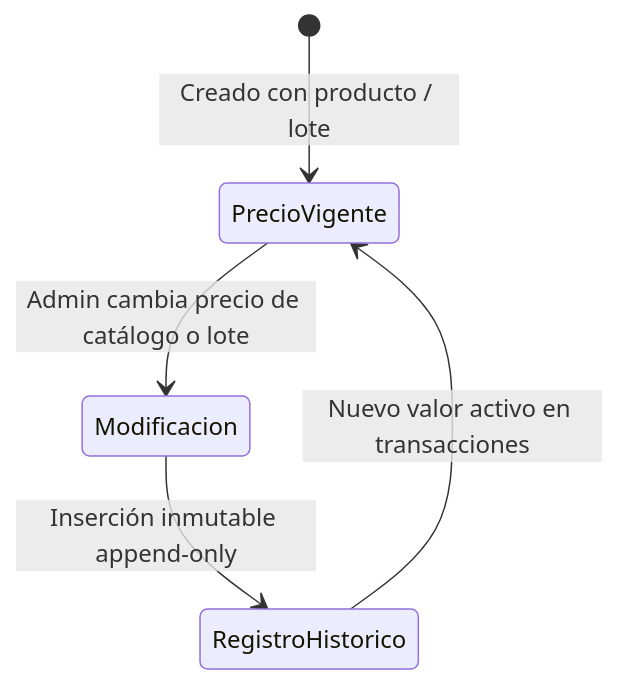
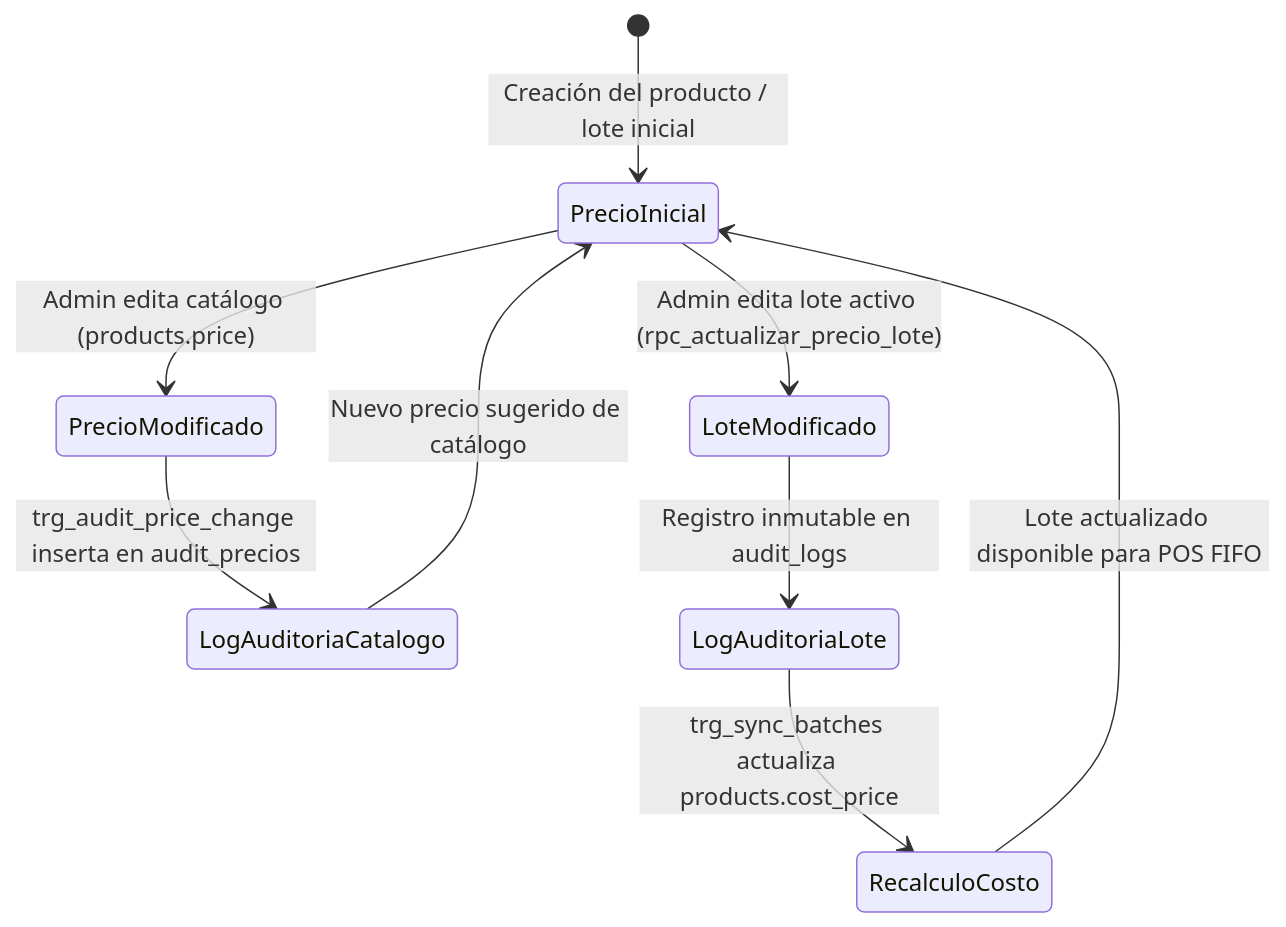
Before and after one commit to YamirJCF/tienda-barrio-pro: the second of 2 diagrams in documentation/01_requirements/SDD/SDD_010_HISTORIAL_PRECIOS.md, drawn with Mermaid. The commit also changed other lines of this file, not shown here.

Commit message:
docs(sdd): rectificar y sanitizar SDD-010 bajo protocolo PAC-SDD estricto con certificacion QA

````diff
--- a/documentation/01_requirements/SDD/SDD_010_HISTORIAL_PRECIOS.md
+++ b/documentation/01_requirements/SDD/SDD_010_HISTORIAL_PRECIOS.md
@@ -75,7 +206,12 @@
 ```mermaid
 stateDiagram-v2
-    [*] --> PrecioVigente : Creado con producto / lote
-    PrecioVigente --> Modificacion : Admin cambia precio de catálogo o lote
-    Modificacion --> RegistroHistorico : Inserción inmutable append-only
-    RegistroHistorico --> PrecioVigente : Nuevo valor activo en transacciones
+    [*] --> PrecioInicial : Creación del producto / lote inicial
+    PrecioInicial --> PrecioModificado : Admin edita catálogo (products.price)
+    PrecioModificado --> LogAuditoriaCatalogo : trg_audit_price_change inserta en audit_precios
+    LogAuditoriaCatalogo --> PrecioInicial : Nuevo precio sugerido de catálogo
+
+    PrecioInicial --> LoteModificado : Admin edita lote activo (rpc_actualizar_precio_lote)
+    LoteModificado --> LogAuditoriaLote : Registro inmutable en audit_logs
+    LogAuditoriaLote --> RecalculoCosto : trg_sync_batches actualiza products.cost_price
+    RecalculoCosto --> PrecioInicial : Lote actualizado disponible para POS FIFO
 ```
````
